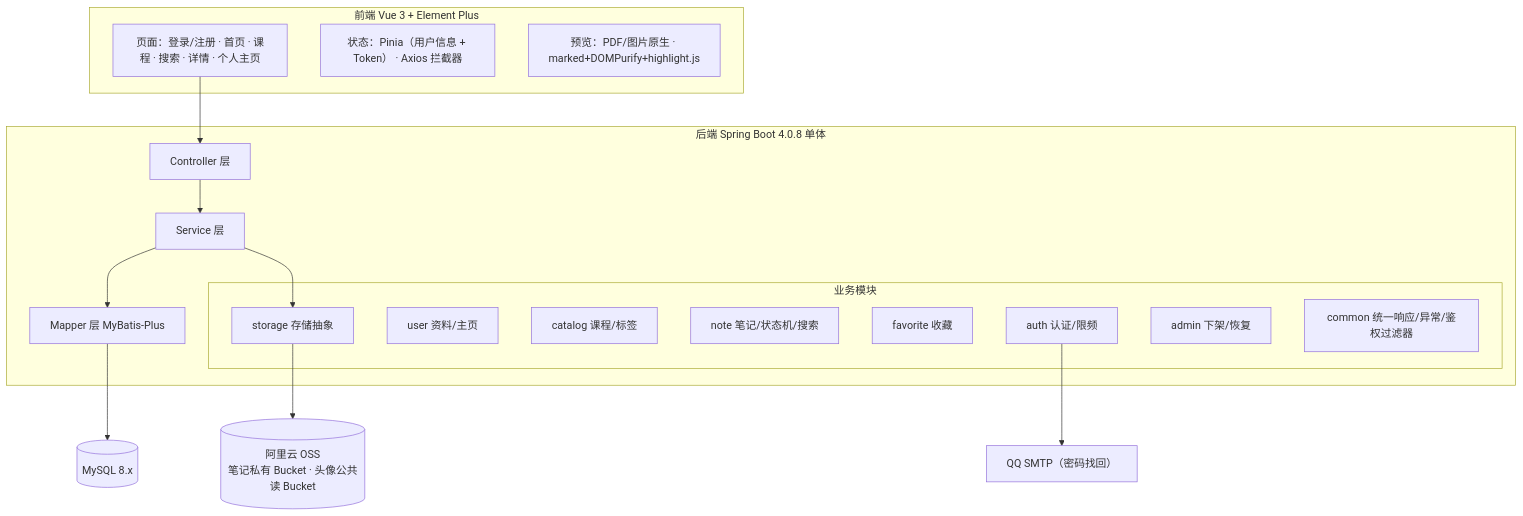
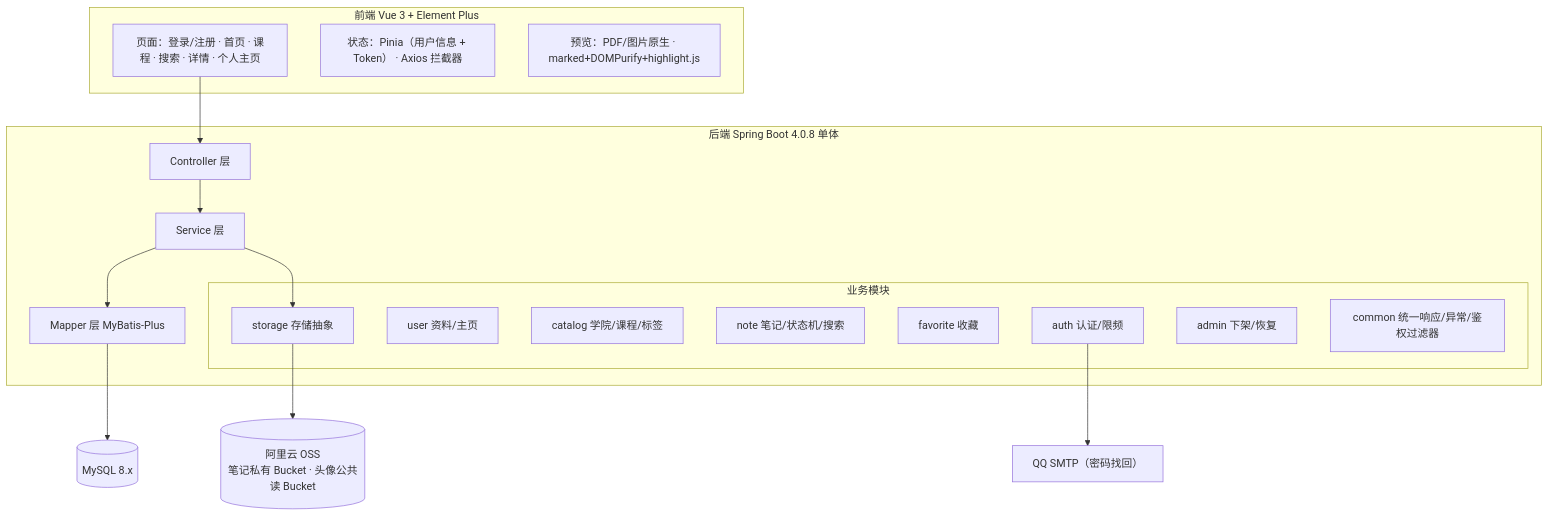
The first of 6 diagrams in docs/概要设计.md (ShiwarHoufu/jotang-note), drawn with Mermaid before and after one commit. The commit also changed other lines of this file and 25 other files, not shown here.

````diff
--- a/docs/概要设计.md
+++ b/docs/概要设计.md
@@ -22,32 +23,32 @@
 ```mermaid
 flowchart TB
   subgraph FE["前端 Vue 3 + Element Plus"]
     P1["页面：登录/注册 · 首页 · 课程 · 搜索 · 详情 · 个人主页"]
     P2["状态：Pinia（用户信息 + Token） · Axios 拦截器"]
     P3["预览：PDF/图片原生 · marked+DOMPurify+highlight.js"]
   end
 
   subgraph BE["后端 Spring Boot 4.0.8 单体"]
     C["Controller 层"]
     S["Service 层"]
     M["Mapper 层 MyBatis-Plus"]
     subgraph MOD["业务模块"]
       MA["auth 认证/限频"]
       MU["user 资料/主页"]
-      MC["catalog 课程/标签"]
+      MC["catalog 学院/课程/标签"]
       MN["note 笔记/状态机/搜索"]
       MF["favorite 收藏"]
       MS["storage 存储抽象"]
       MAdm["admin 下架/恢复"]
       CM["common 统一响应/异常/鉴权过滤器"]
     end
   end
 
   DB[("MySQL 8.x")]
   OSS[("阿里云 OSS<br/>笔记私有 Bucket · 头像公共读 Bucket")]
   MAIL["QQ SMTP（密码找回）"]
 
   P1 --> C --> S --> M --> DB
   S --> MS --> OSS
   MA --> MAIL
 ```
````
